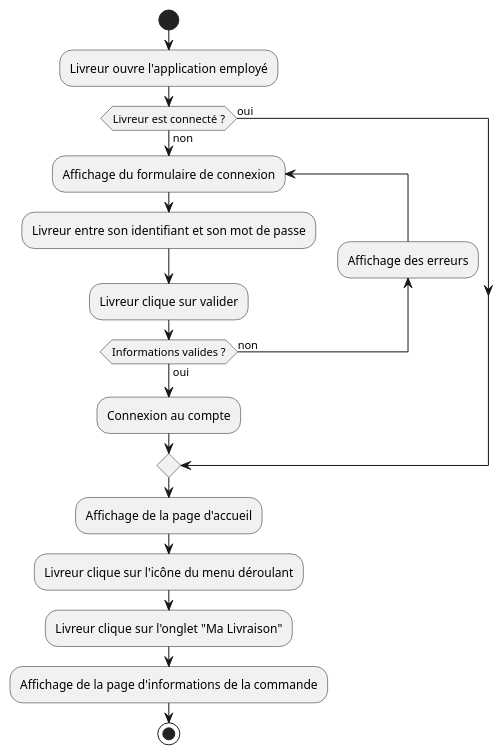
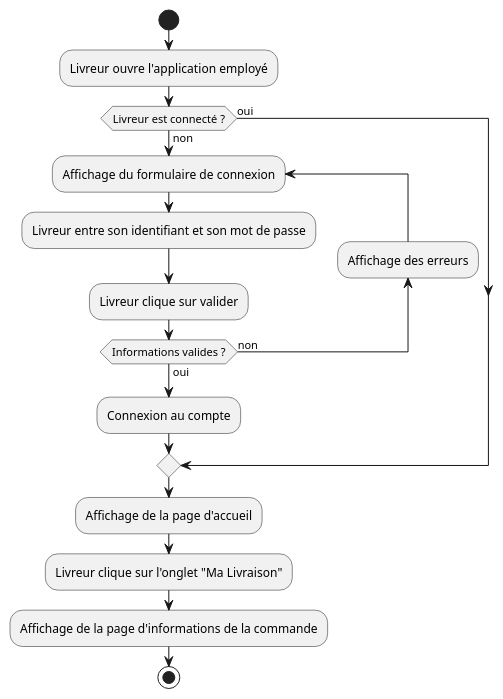
The diagram in diagrams/worker_display_my_delivery.puml (Gumpah/project_6), drawn with PlantUML before and after one commit. The commit also changed 13 other files, not shown here.

Commit message:
Updating diagrams

```diff
--- a/diagrams/worker_display_my_delivery.puml
+++ b/diagrams/worker_display_my_delivery.puml
@@ -1,22 +1,21 @@
 @startuml
 'https://plantuml.com/activity-diagram-beta
 
 start
 :Livreur ouvre l'application employé;
 if (Livreur est connecté ?) then (oui)
 else (non)
 repeat :Affichage du formulaire de connexion;
 :Livreur entre son identifiant et son mot de passe;
 :Livreur clique sur valider;
 backward:Affichage des erreurs;
 repeat while (Informations valides ?) is (non) not (oui)
 :Connexion au compte;
 endif
 :Affichage de la page d'accueil;
-:Livreur clique sur l'icône du menu déroulant;
 :Livreur clique sur l'onglet "Ma Livraison";
 :Affichage de la page d'informations de la commande;
 
 stop
 
 @enduml
```
